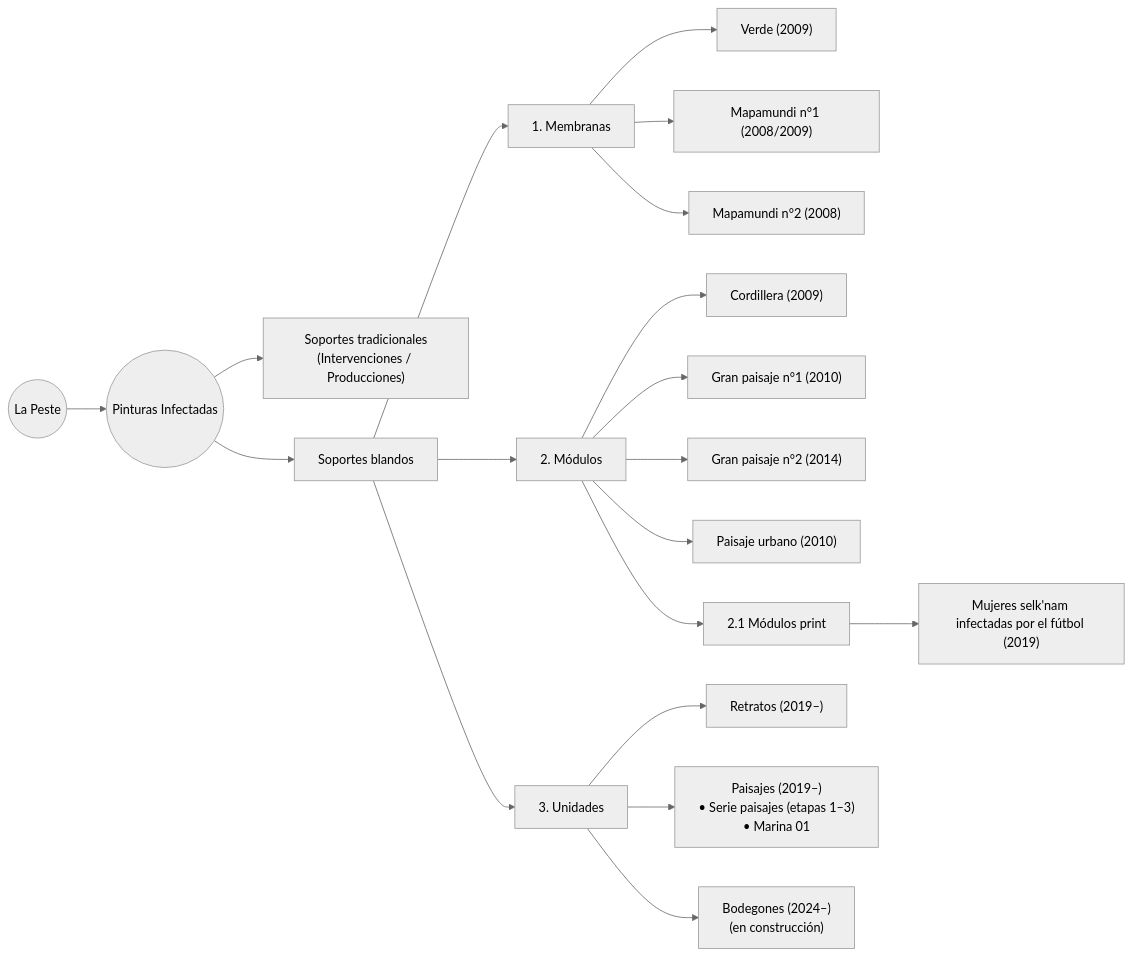
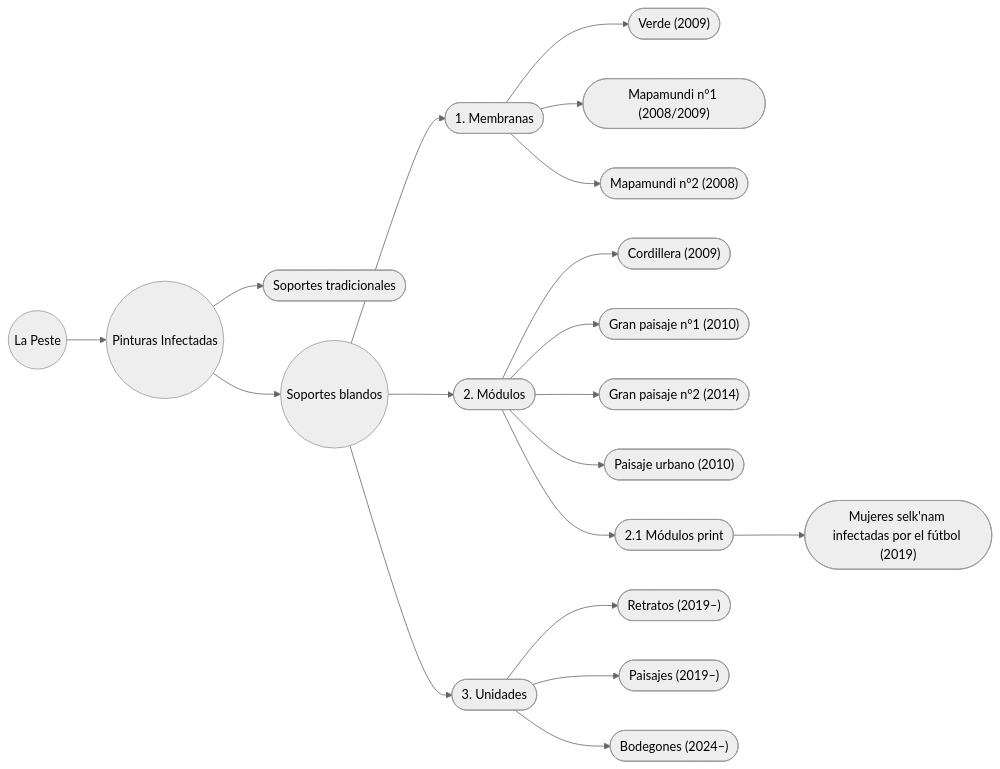
The second of 2 diagrams in ES/peste-pinturas-infectadas.md (EGGS-Artesvisuales/EGGS-Artesvisuales.github.io), drawn with Mermaid (neutral theme) before and after one commit. The commit also changed other lines of this file, not shown here.

```diff
--- a/ES/peste-pinturas-infectadas.md
+++ b/ES/peste-pinturas-infectadas.md
@@ -399,43 +399,60 @@
 <div class="mermaid">
 flowchart LR
   %% =========================
   %% LA PESTE → PINTURAS INFECTADAS → SOPORTES BLANDOS (taxonomía + obras)
   %% =========================
 
   LP((La Peste))
   PI((Pinturas Infectadas))
 
   LP --> PI
 
-  PI --> ST["Soportes tradicionales\n(Intervenciones / Producciones)"]
-  PI --> SB["Soportes blandos"]
+  PI --> ST(["Soportes tradicionales"])
+  PI --> SB(("Soportes blandos"))
 
   %% --- SOPORTES BLANDOS (estructura de tu página) ---
-  SB --> MEM["1. Membranas"]
-  MEM --> VER["Verde (2009)"]
-  MEM --> MAP1["Mapamundi n°1 (2008/2009)"]
-  MEM --> MAP2["Mapamundi n°2 (2008)"]
+  SB --> MEM(["1. Membranas"])
+  MEM --> VER(["Verde (2009)"])
+  MEM --> MAP1(["Mapamundi n°1 (2008/2009)"])
+  MEM --> MAP2(["Mapamundi n°2 (2008)"])
 
-  SB --> MOD["2. Módulos"]
-  MOD --> COR["Cordillera (2009)"]
-  MOD --> GP1["Gran paisaje n°1 (2010)"]
-  MOD --> GP2["Gran paisaje n°2 (2014)"]
-  MOD --> PU["Paisaje urbano (2010)"]
+  SB --> MOD(["2. Módulos"])
+  MOD --> COR(["Cordillera (2009)"])
+  MOD --> GP1(["Gran paisaje n°1 (2010)"])
+  MOD --> GP2(["Gran paisaje n°2 (2014)"])
+  MOD --> PU(["Paisaje urbano (2010)"])
 
-  MOD --> MODP["2.1 Módulos print"]
-  MODP --> SELK["Mujeres selk'nam infectadas por el fútbol (2019)"]
+  MOD --> MODP(["2.1 Módulos print"])
+  MODP --> SELK(["Mujeres selk'nam infectadas por el fútbol (2019)"])
 
-  SB --> UNI["3. Unidades"]
-  UNI --> URET["Retratos (2019–)"]
-  UNI --> UPAI["Paisajes (2019–)\n• Serie paisajes (etapas 1–3)\n• Marina 01"]
-  UNI --> UBOD["Bodegones (2024–)\n(en construcción)"]
+  SB --> UNI(["3. Unidades"])
+  UNI --> URET(["Retratos (2019–)"])
+  UNI --> UPAI(["Paisajes (2019–)"])
+  UNI --> UBOD(["Bodegones (2024–)"])
 
-  %% --- navegación (anchors existentes en tu archivo) ---
+  %% --- navegación (páginas / anchors) ---
   click LP "/ES/la-peste.html" "Ver La Peste"
   click PI "/ES/peste-pinturas-infectadas.html" "Ver Pinturas Infectadas"
+
   click SB "#soportes-blandos" "Ir a Soportes blandos"
   click MEM "#membranas" "Ir a Membranas"
   click MOD "#modulos" "Ir a Módulos"
   click MODP "#modulos-prints" "Ir a Módulos print"
   click UNI "#unidades" "Ir a Unidades"
+
+  %% --- navegación a OBRAS (requiere ids en tu HTML) ---
+  click VER "#verde-2009" "Ir a Verde (2009)"
+  click MAP1 "#mapamundi-2009-1" "Ir a Mapamundi n°1"
+  click MAP2 "#mapamundi-2008-2" "Ir a Mapamundi n°2"
+
+  click COR "#cordillera-2009" "Ir a Cordillera (2009)"
+  click GP1 "#gran-paisaje-1-2010" "Ir a Gran paisaje n°1 (2010)"
+  click GP2 "#gran-paisaje-2-2014" "Ir a Gran paisaje n°2 (2014)"
+  click PU "#paisaje-urbano-2010" "Ir a Paisaje urbano (2010)"
+
+  click SELK "#mujeres-selknam-2019" "Ir a Módulos print (2019)"
+
+  click URET "#unidades-retratos-2019" "Ir a Unidades: Retratos"
+  click UPAI "#unidades-paisajes-2019" "Ir a Unidades: Paisajes"
+  click UBOD "#unidades-bodegones-2024" "Ir a Unidades: Bodegones"
 </div>
```
